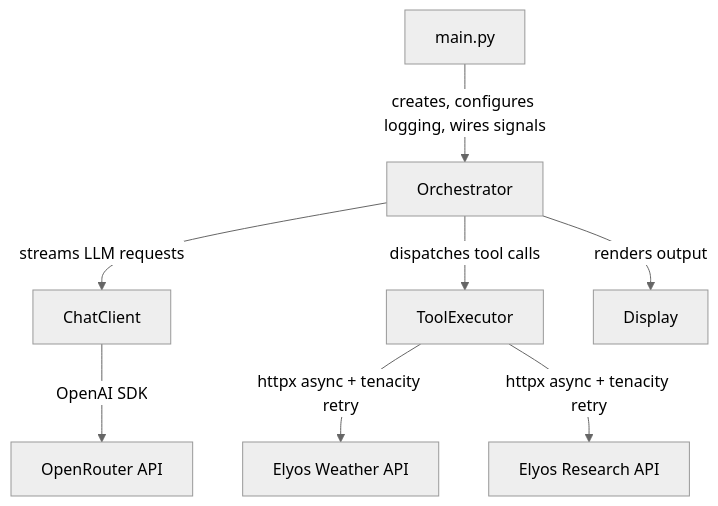
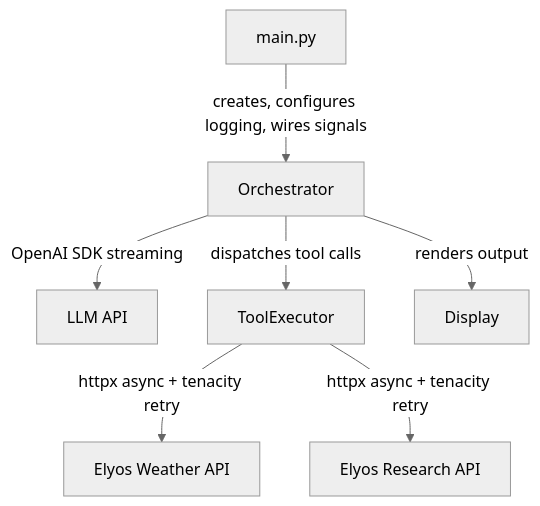
The first of 5 diagrams in ARCHITECTURE.md (codexceed/cli-chat), drawn with Mermaid (neutral theme) before and after one commit. The commit also changed other lines of this file and 2 other files, not shown here.

First line of the commit message:
Update docs to reflect vendor-agnostic LLM config and merged orchestrator

````diff
--- a/ARCHITECTURE.md
+++ b/ARCHITECTURE.md
@@ -7,10 +7,9 @@
 ```mermaid
 graph TD
     A[main.py] -->|creates, configures logging, wires signals| B[Orchestrator]
-    B -->|streams LLM requests| C[ChatClient]
+    B -->|OpenAI SDK streaming| F[LLM API]
     B -->|dispatches tool calls| D[ToolExecutor]
     B -->|renders output| E[Display]
-    C -->|OpenAI SDK| F[OpenRouter API]
     D -->|httpx async + tenacity retry| G[Elyos Weather API]
     D -->|httpx async + tenacity retry| H[Elyos Research API]
 ```
````
